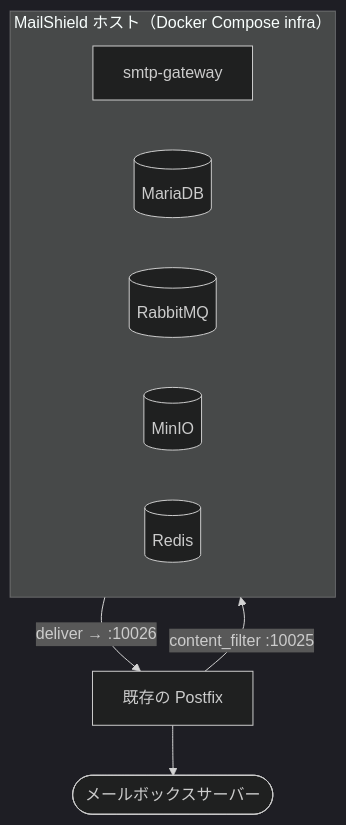
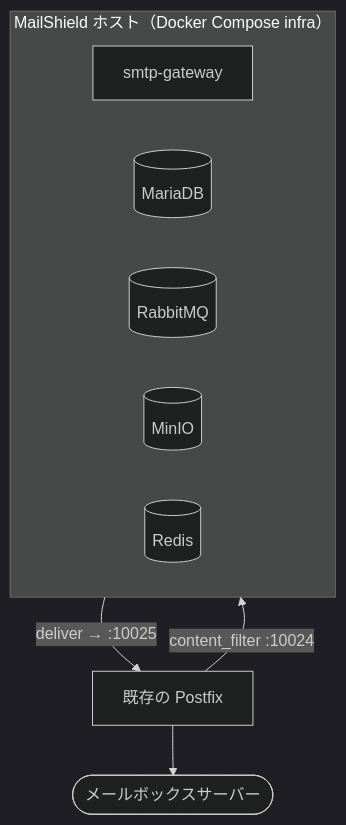
Before and after one commit to yumekui08/mailshield: the second of 3 diagrams in docs/setup/overview.md, drawn with Mermaid (dark theme). The commit also changed other lines of this file and 22 other files, not shown here.

````diff
--- a/docs/setup/overview.md
+++ b/docs/setup/overview.md
@@ -180,15 +180,15 @@
 ```mermaid
 flowchart TD
-    ExtMTA["既存の Postfix"] -->|"content_filter :10025"| MS
+    ExtMTA["既存の Postfix"] -->|"content_filter :10024"| MS
 
     subgraph MS["MailShield ホスト（Docker Compose infra）"]
         GW["smtp-gateway"]
         DB[("MariaDB")]
         MQ[("RabbitMQ")]
         S3[("MinIO")]
         RD[("Redis")]
     end
 
-    MS -->|"deliver → :10026"| ExtMTA
+    MS -->|"deliver → :10025"| ExtMTA
     ExtMTA --> Mailbox(["メールボックスサーバー"])
 ```
````
